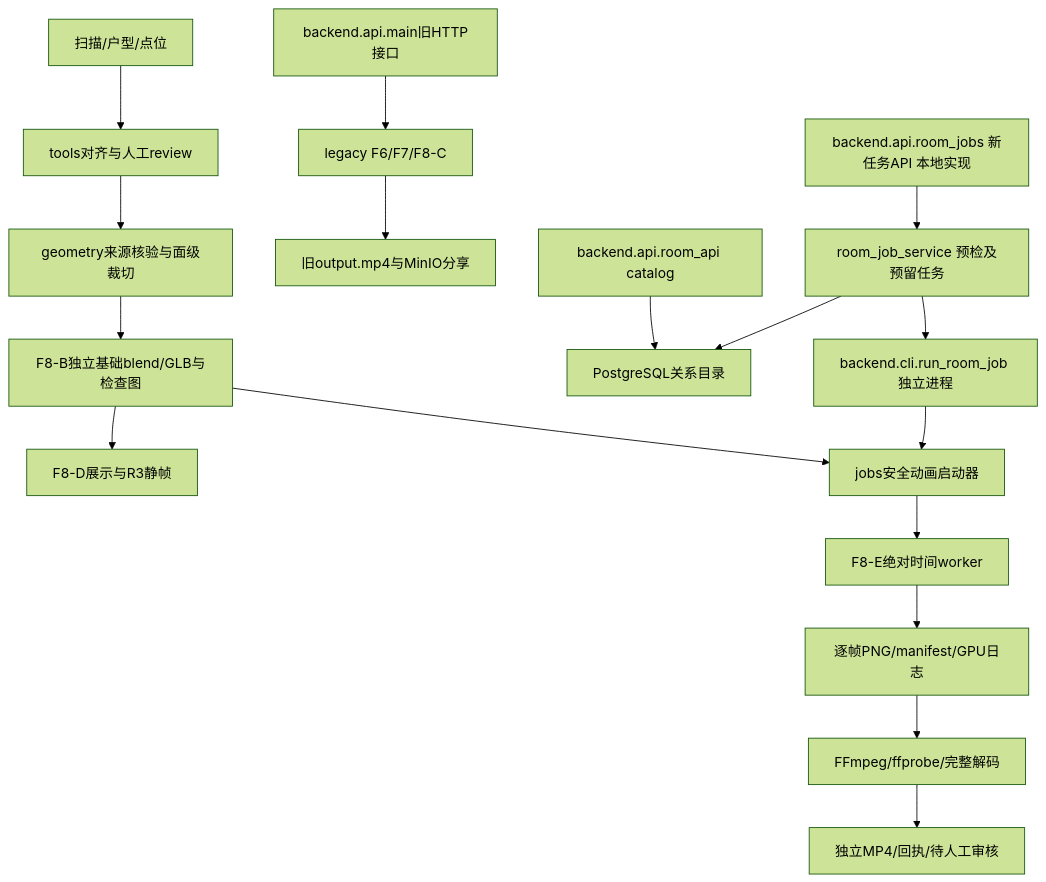
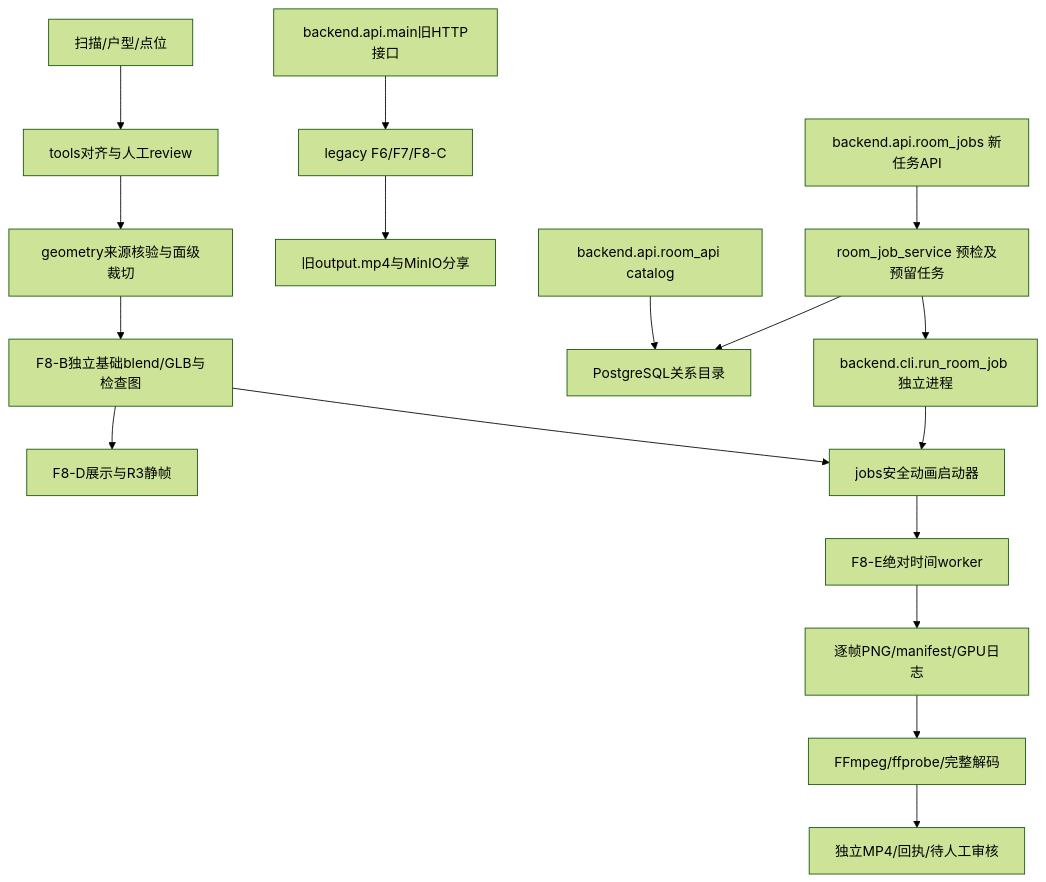
The diagram in docs/ARCHITECTURE.md (jiayi0329/burnroomvideo_byblender), drawn with Mermaid (forest theme) before and after one commit. The commit also changed other lines of this file and 9 other files, not shown here.

````diff
--- a/docs/ARCHITECTURE.md
+++ b/docs/ARCHITECTURE.md
@@ -13,19 +13,19 @@
 ```mermaid
 flowchart TD
     A[扫描/户型/点位] --> B[tools对齐与人工review]
     B --> C[geometry来源核验与面级裁切]
     C --> D[F8-B独立基础blend/GLB与检查图]
     D --> E[F8-D展示与R3静帧]
     D --> F[jobs安全动画启动器]
     F --> G[F8-E绝对时间worker]
     G --> H[逐帧PNG/manifest/GPU日志]
     H --> I[FFmpeg/ffprobe/完整解码]
     I --> J[独立MP4/回执/待人工审核]
     K[backend.api.main旧HTTP接口] --> L[legacy F6/F7/F8-C]
     L --> M[旧output.mp4与MinIO分享]
     N[backend.api.room_api catalog] --> O[PostgreSQL关系目录]
-    P[backend.api.room_jobs 新任务API 本地实现] --> Q[room_job_service 预检及预留任务]
+    P[backend.api.room_jobs 新任务API] --> Q[room_job_service 预检及预留任务]
     Q --> R[backend.cli.run_room_job 独立进程]
     R --> F
     Q --> O
 ```
````
